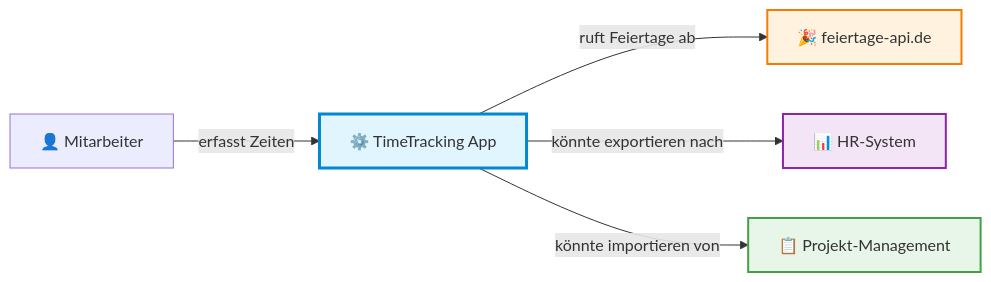
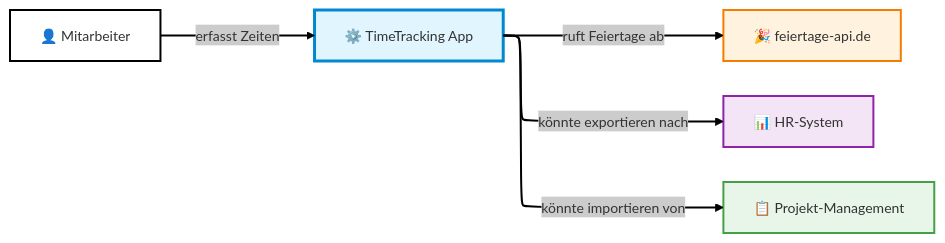
Before and after one commit to nimble-123/cap-fiori-timetracking: the first of 7 diagrams in docs/ARCHITECTURE.md, drawn with Mermaid.

Commit message:
feat: Add configuration for Mermaid graph layout in architecture documentation

````diff
--- a/docs/ARCHITECTURE.md
+++ b/docs/ARCHITECTURE.md
@@ -221,12 +221,19 @@
 ```mermaid
+---
+config:
+  layout: elk
+  elk:
+    mergeEdges: true
+  theme: neo
+---
 graph LR
     User[👤 Mitarbeiter] -->|erfasst Zeiten| App[⚙️ TimeTracking App]
     App -->|ruft Feiertage ab| API[🎉 feiertage-api.de]
     App -->|könnte exportieren nach| HR[📊 HR-System]
     App -->|könnte importieren von| PM[📋 Projekt-Management]
 
     style App fill:#e1f5ff,stroke:#0288d1,stroke-width:3px
     style API fill:#fff3e0,stroke:#f57c00,stroke-width:2px
     style HR fill:#f3e5f5,stroke:#8e24aa,stroke-width:2px
     style PM fill:#e8f5e9,stroke:#43a047,stroke-width:2px
 ```
````
